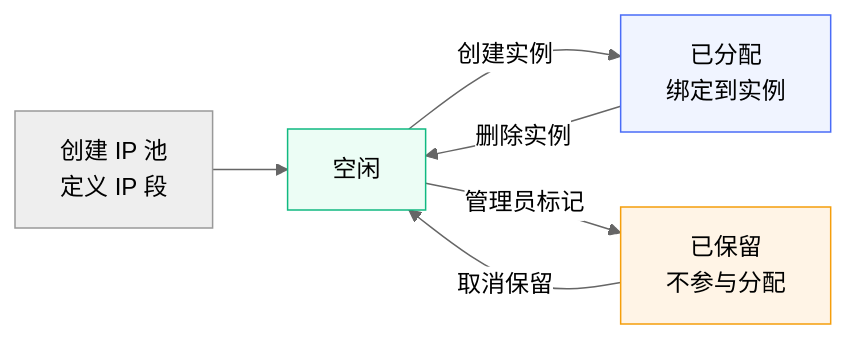
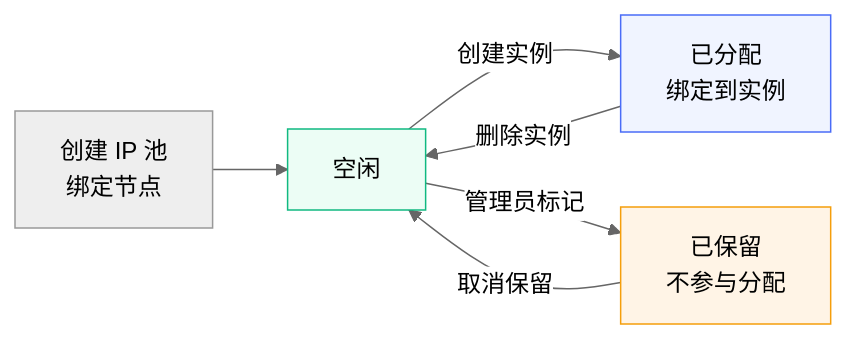
Before and after one commit to huohuastudio/docs: the diagram in docs/novaix/ip-pool.md, drawn with Mermaid (neutral theme). The commit also changed other lines of this file, not shown here.

````diff
--- a/docs/novaix/ip-pool.md
+++ b/docs/novaix/ip-pool.md
@@ -9,12 +9,12 @@
 ```mermaid
 flowchart LR
-    create["创建 IP 池<br/>定义 IP 段"] --> free["空闲"]
+    create["创建 IP 池<br/>绑定节点"] --> free["空闲"]
     free -->|创建实例| alloc["已分配<br/>绑定到实例"]
     alloc -->|删除实例| free
     free -->|管理员标记| reserved["已保留<br/>不参与分配"]
     reserved -->|取消保留| free
 
     style free fill:#ecfdf5,stroke:#10b981
     style alloc fill:#f0f4ff,stroke:#4a6cf7
     style reserved fill:#fff4e6,stroke:#f59e0b
 ```
````
